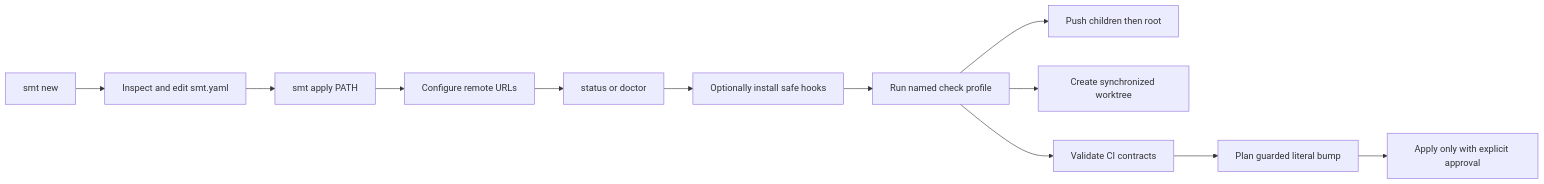
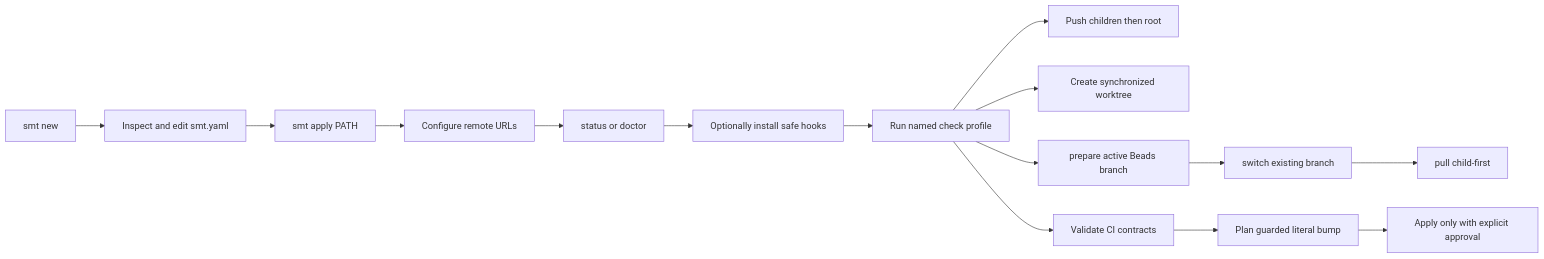
One commit to parmcoder/smt changed the diagram in docs/00-project/SMT - Product Concept.md. Above: the diagram before and after it, drawn with Mermaid. The commit also changed other lines of this file and 51 other files, not shown here.

````diff
--- a/docs/00-project/SMT - Product Concept.md
+++ b/docs/00-project/SMT - Product Concept.md
@@ -22,14 +22,17 @@
 ```mermaid
 flowchart LR
     A[smt new] --> B[Inspect and edit smt.yaml]
     B --> C[smt apply PATH]
     C --> D[Configure remote URLs]
     D --> E[status or doctor]
     E --> F[Optionally install safe hooks]
     F --> G[Run named check profile]
     G --> H[Push children then root]
     G --> I[Create synchronized worktree]
+    G --> M[prepare active Beads branch]
+    M --> N[switch existing branch]
+    N --> O[pull child-first]
     G --> J[Validate CI contracts]
     J --> K[Plan guarded literal bump]
     K --> L[Apply only with explicit approval]
 ```
````
